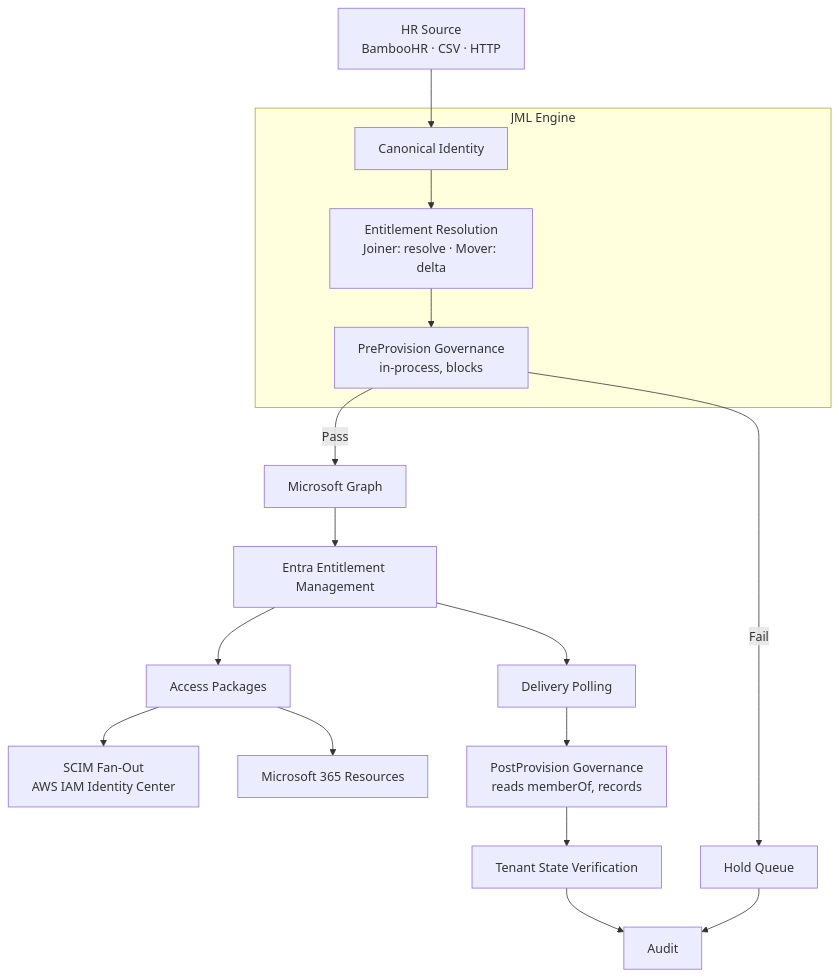
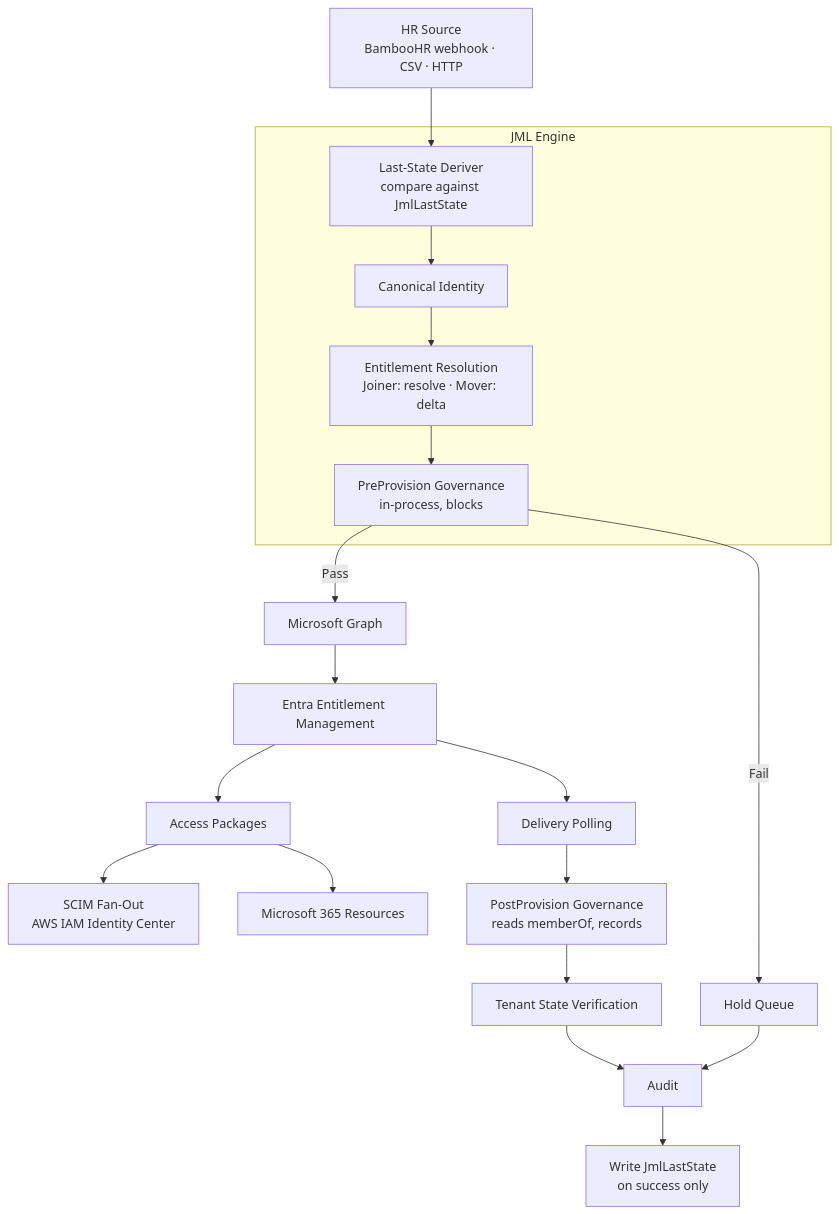
One commit to donhenzo/JML-EnigneV2 changed the fifth of 5 diagrams in READme.md. Above: the diagram before and after it, drawn with Mermaid. The commit also changed other lines of this file and 4 other files, not shown here.

````diff
--- a/READme.md
+++ b/READme.md
@@ -142,27 +142,29 @@
 ```mermaid
 flowchart TD
-    HR["HR Source<br/>BambooHR · CSV · HTTP"]
+    HR["HR Source<br/>BambooHR webhook · CSV · HTTP"]
 
     subgraph ENGINE["JML Engine"]
+        LS["Last-State Deriver<br/>compare against JmlLastState"]
         CI["Canonical Identity"]
         ER["Entitlement Resolution<br/>Joiner: resolve · Mover: delta"]
         PRE["PreProvision Governance<br/>in-process, blocks"]
-        CI --> ER --> PRE
+        LS --> CI --> ER --> PRE
     end
 
-    HR --> CI
+    HR --> LS
     PRE -->|Pass| MG["Microsoft Graph"]
     PRE -->|Fail| HOLD["Hold Queue"]
 
     MG --> EM["Entra Entitlement Management"]
     EM --> AP["Access Packages"]
 
     AP --> SCIM["SCIM Fan-Out<br/>AWS IAM Identity Center"]
     AP --> M365["Microsoft 365 Resources"]
 
     EM --> POLL["Delivery Polling"]
     POLL --> POST["PostProvision Governance<br/>reads memberOf, records"]
     POST --> VERIFY["Tenant State Verification"]
     VERIFY --> AUDIT["Audit"]
+    AUDIT --> LSW["Write JmlLastState<br/>on success only"]
     HOLD --> AUDIT
 ```
````
